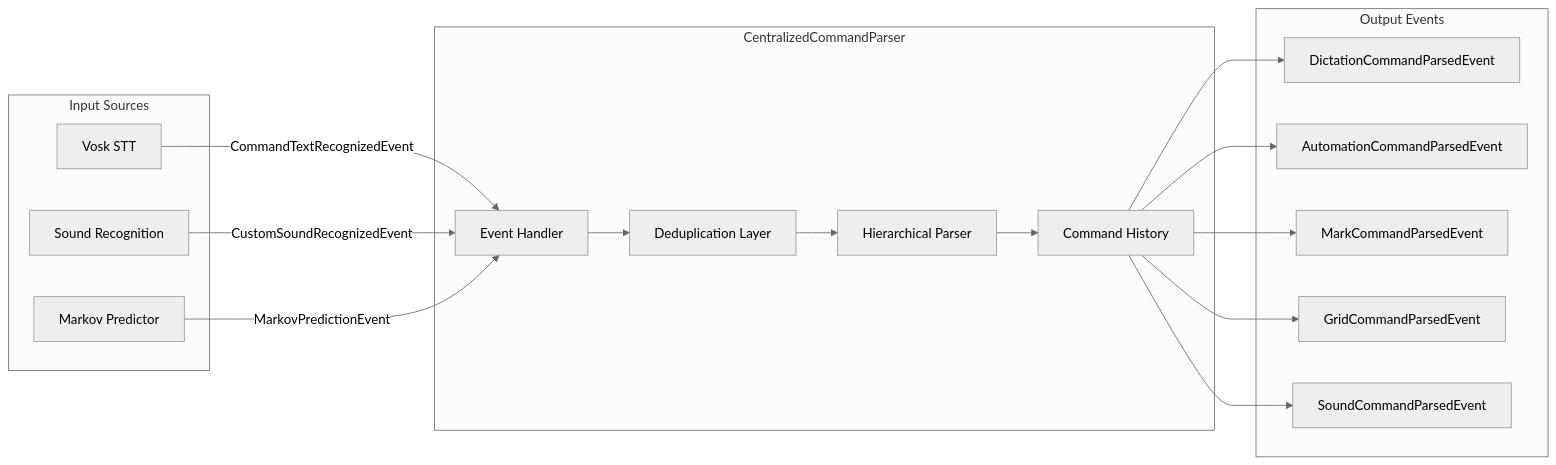
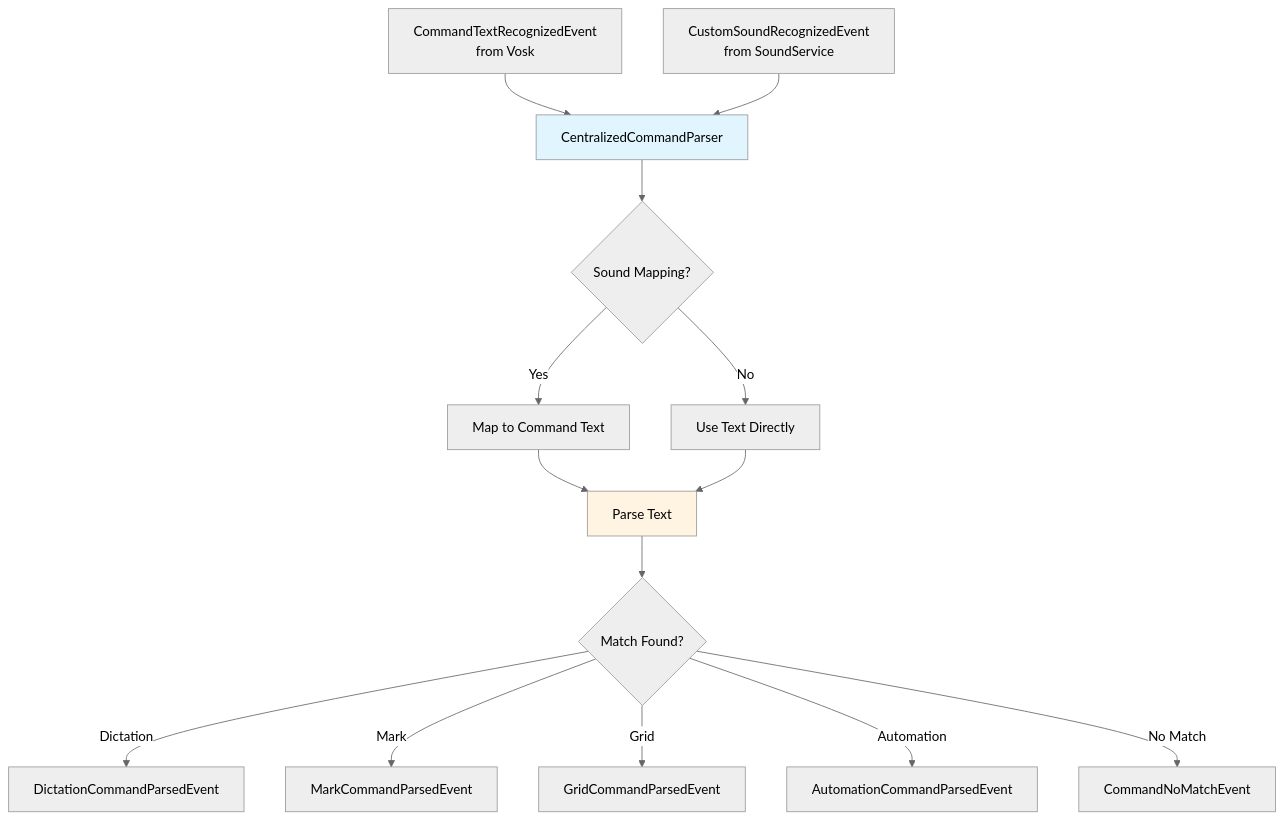
One commit to rick12000/vocalance changed the first of 3 diagrams in docs/developer/command_parsing.rst. Above: the diagram before and after it, drawn with Mermaid (neutral theme). The commit also changed other lines of this file and 12 other files, not shown here.

```diff
--- a/docs/developer/command_parsing.rst
+++ b/docs/developer/command_parsing.rst
@@ -11,36 +11,22 @@
 .. mermaid::
 
-   flowchart LR
-       subgraph Input Sources
-           A[Vosk STT]
-           B[Sound Recognition]
-           C[Markov Predictor]
-       end
+   flowchart TD
+       A[CommandTextRecognizedEvent<br/>from Vosk] --> B[CentralizedCommandParser]
+       C[CustomSoundRecognizedEvent<br/>from SoundService] --> B
 
-       subgraph CentralizedCommandParser
-           D[Event Handler]
-           E[Deduplication Layer]
-           F[Hierarchical Parser]
-           G[Command History]
-       end
+       B --> E{Sound Mapping?}
+       E -->|Yes| F[Map to Command Text]
+       E -->|No| G[Use Text Directly]
 
-       subgraph Output Events
-           H[DictationCommandParsedEvent]
-           I[AutomationCommandParsedEvent]
-           J[MarkCommandParsedEvent]
-           K[GridCommandParsedEvent]
-           L[SoundCommandParsedEvent]
-       end
+       F --> H[Parse Text]
+       G --> H
 
-       A -->|CommandTextRecognizedEvent| D
-       B -->|CustomSoundRecognizedEvent| D
-       C -->|MarkovPredictionEvent| D
+       H --> I{Match Found?}
+       I -->|Dictation| J[DictationCommandParsedEvent]
+       I -->|Mark| K[MarkCommandParsedEvent]
+       I -->|Grid| L[GridCommandParsedEvent]
+       I -->|Automation| M[AutomationCommandParsedEvent]
+       I -->|No Match| N[CommandNoMatchEvent]
 
-       D --> E
-       E --> F
-       F --> G
-       G --> H
-       G --> I
-       G --> J
-       G --> K
-       G --> L
+       style B fill:#e1f5ff
+       style H fill:#fff4e1
```
